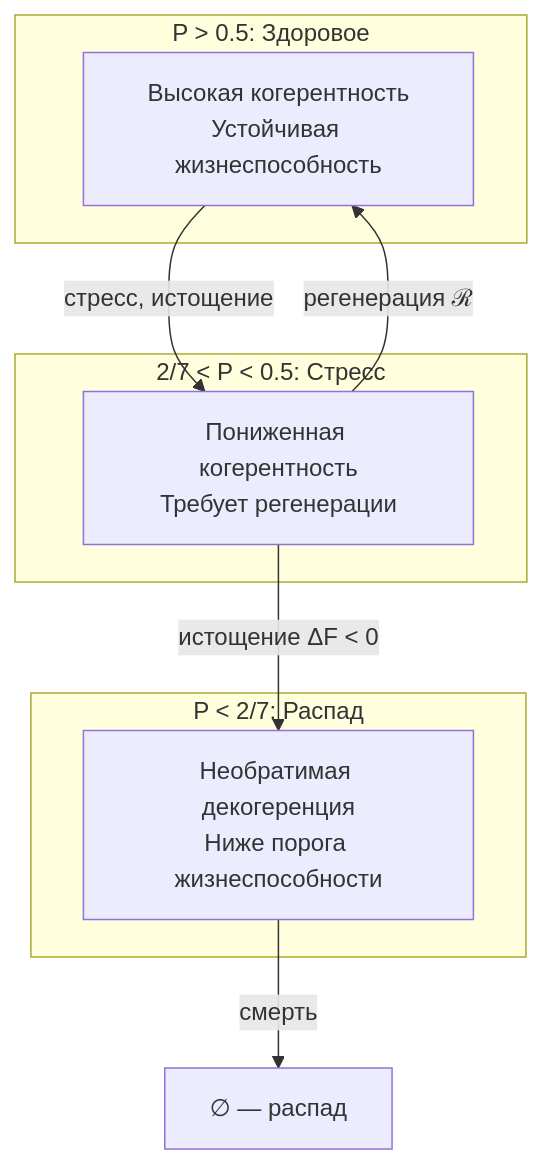
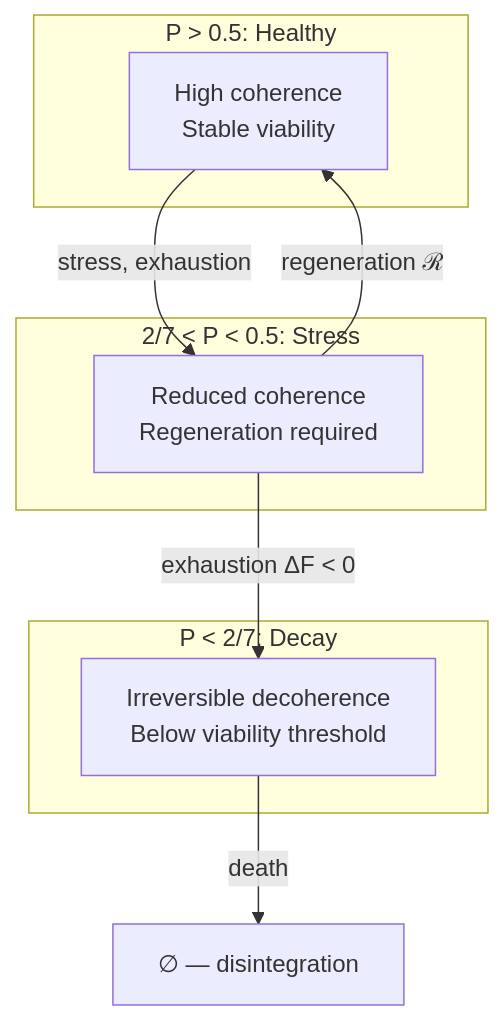
One commit to gst-st/uhm changed the diagram in website/docs/core/dynamics/viability.md. Above: the diagram before and after it, drawn with Mermaid. The commit also changed other lines of this file and 25 other files, not shown here.

````diff
--- a/website/docs/core/dynamics/viability.md
+++ b/website/docs/core/dynamics/viability.md
@@ -321,16 +321,16 @@
 ```mermaid
 graph TD
-    subgraph H["P > 0.5: Здоровое"]
-        HH["Высокая когерентность<br/>Устойчивая жизнеспособность"]
+    subgraph H["P > 0.5: Healthy"]
+        HH["High coherence<br/>Stable viability"]
     end
-    subgraph S["2/7 < P < 0.5: Стресс"]
-        SS["Пониженная когерентность<br/>Требует регенерации"]
+    subgraph S["2/7 < P < 0.5: Stress"]
+        SS["Reduced coherence<br/>Regeneration required"]
     end
-    subgraph D["P < 2/7: Распад"]
-        DD["Необратимая декогеренция<br/>Ниже порога жизнеспособности"]
+    subgraph D["P < 2/7: Decay"]
+        DD["Irreversible decoherence<br/>Below viability threshold"]
     end
-    HH --> |"стресс, истощение"| SS
-    SS --> |"регенерация ℛ"| HH
-    SS --> |"истощение ΔF < 0"| DD
-    DD --> |"смерть"| X["∅ — распад"]
+    HH --> |"stress, exhaustion"| SS
+    SS --> |"regeneration ℛ"| HH
+    SS --> |"exhaustion ΔF < 0"| DD
+    DD --> |"death"| X["∅ — disintegration"]
 ```
````
